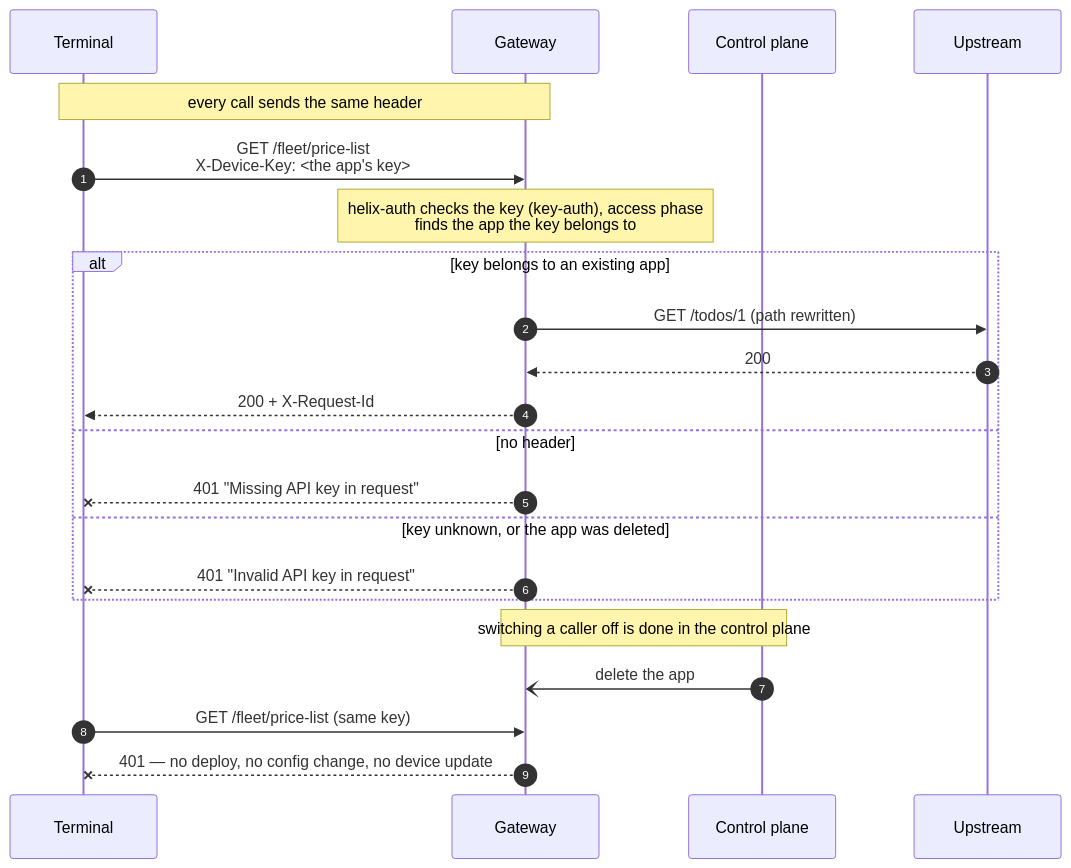
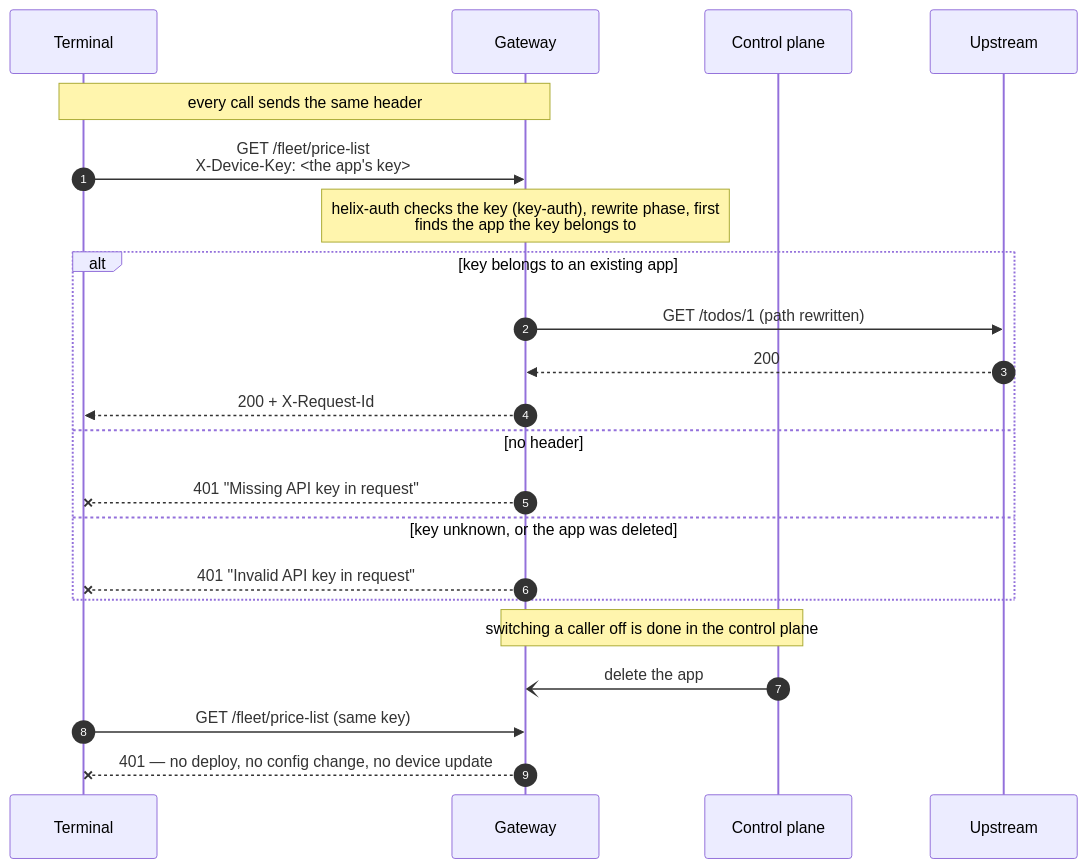
One commit to digitalapicraft/api-gateway-solutions changed the diagram in solutions/08-api-key/architecture.md. Above: the diagram before and after it, drawn with Mermaid. The commit also changed other lines of this file and 1 other file, not shown here.

First line of the commit message:
08: correct the execution order — helix-auth runs first, in the rewrite phase

````diff
--- a/solutions/08-api-key/architecture.md
+++ b/solutions/08-api-key/architecture.md
@@ -66,27 +66,27 @@
 ```mermaid
 sequenceDiagram
     autonumber
     participant T as Terminal
     participant GW as Gateway
     participant CP as Control plane
     participant UP as Upstream
 
     Note over T,GW: every call sends the same header
     T->>GW: GET /fleet/price-list<br/>X-Device-Key: <the app's key>
 
-    Note over GW: helix-auth checks the key (key-auth), access phase<br/>finds the app the key belongs to
+    Note over GW: helix-auth checks the key (key-auth), rewrite phase, first<br/>finds the app the key belongs to
     alt key belongs to an existing app
         GW->>UP: GET /todos/1 (path rewritten)
         UP-->>GW: 200
         GW-->>T: 200 + X-Request-Id
     else no header
         GW--xT: 401 "Missing API key in request"
     else key unknown, or the app was deleted
         GW--xT: 401 "Invalid API key in request"
     end
 
     Note over CP,GW: switching a caller off is done in the control plane
     CP-)GW: delete the app
     T->>GW: GET /fleet/price-list (same key)
     GW--xT: 401 — no deploy, no config change, no device update
 ```
````
